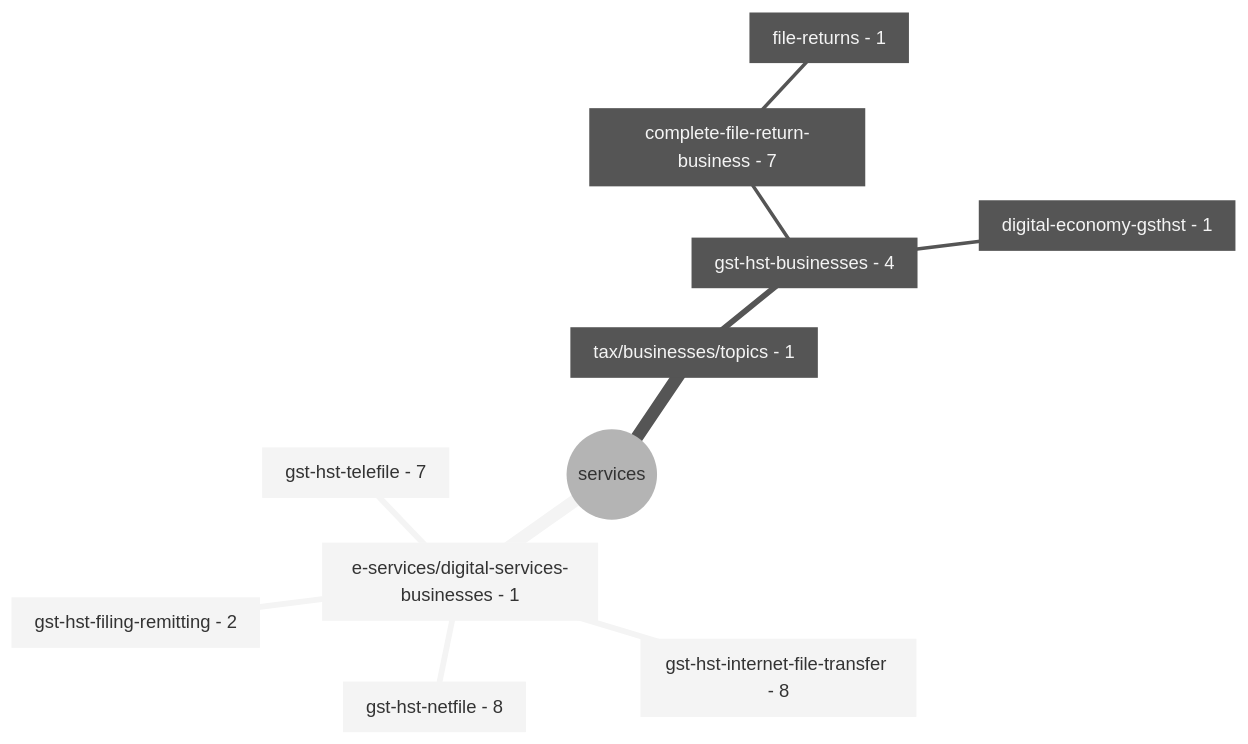
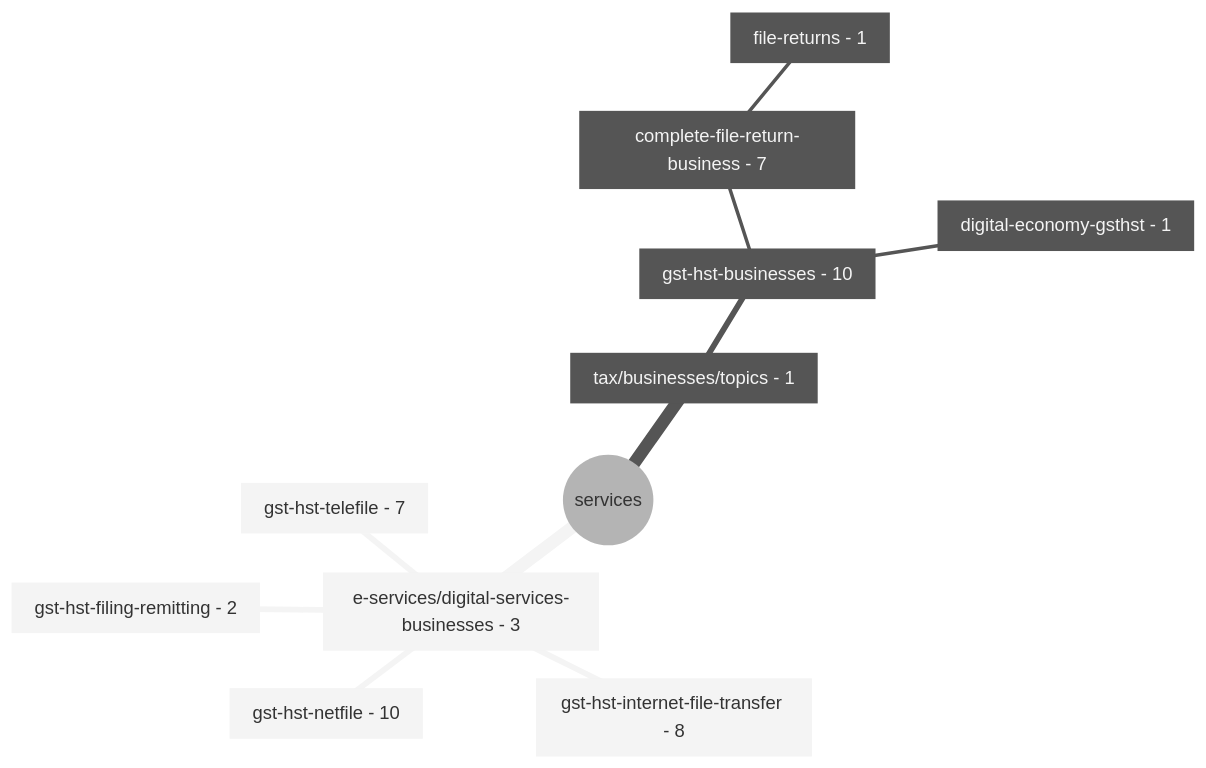
One commit to cra-proto/gst-hst-business changed the second of 2 diagrams in README.md. Above: the diagram before and after it, drawn with Mermaid (neutral theme). The commit also changed other lines of this file, not shown here.

````diff
--- a/README.md
+++ b/README.md
@@ -69,14 +69,14 @@
 ```mermaid
 mindmap
   root((services))
-    [e-services/digital-services-businesses - 1]
+    [e-services/digital-services-businesses - 3]
       [gst-hst-filing-remitting - 2]
       [gst-hst-internet-file-transfer - 8]
-      [gst-hst-netfile - 8]
+      [gst-hst-netfile - 10]
       [gst-hst-telefile - 7]
     [tax/businesses/topics - 1]
-      [gst-hst-businesses - 4]
+      [gst-hst-businesses - 10]
         [complete-file-return-business - 7]
           [file-returns - 1]
         [digital-economy-gsthst - 1]
 ```
````
